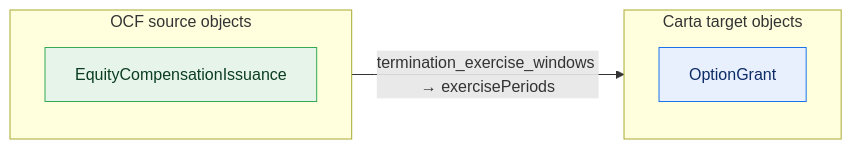
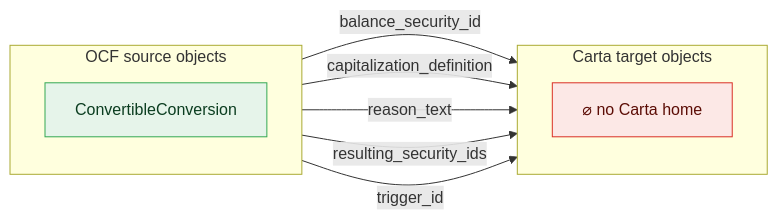
One commit to Open-Cap-Table-Coalition/OCF-Composed-Schemas changed the seventh of 32 diagrams in core-rich/core-gaps.md. Above: the diagram before and after it, drawn with Mermaid. The commit also changed other lines of this file and 11 other files, not shown here.

First line of the commit message:
Flow diagrams: one fully separate diagram per OCF object flavor

````diff
--- a/core-rich/core-gaps.md
+++ b/core-rich/core-gaps.md
@@ -36,16 +177,20 @@
 ```mermaid
 flowchart LR
   classDef adm fill:#e6f4ea,stroke:#34a853,color:#0b3d20;
   classDef notadm fill:#f1f3f4,stroke:#9aa0a6,color:#5f6368,stroke-dasharray:4 3;
   classDef carta fill:#e8f0fe,stroke:#1a73e8,color:#0d2b66;
   classDef sink fill:#fce8e6,stroke:#d93025,color:#5c0d06;
   subgraph SRC["OCF source objects"]
     direction TB
-    o0["EquityCompensationIssuance"]:::adm
+    o0["ConvertibleConversion"]:::adm
   end
   subgraph TGT["Carta target objects"]
     direction TB
-    t0["OptionGrant"]:::carta
+    sink["⌀ no Carta home"]:::sink
   end
-  o0 -->|"termination_exercise_windows → exercisePeriods"| t0
+  o0 -->|"balance_security_id"| sink
+  o0 -->|"capitalization_definition"| sink
+  o0 -->|"reason_text"| sink
+  o0 -->|"resulting_security_ids"| sink
+  o0 -->|"trigger_id"| sink
 ```
````
